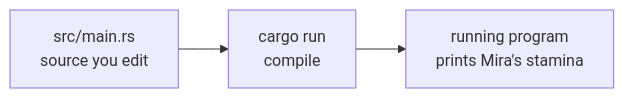
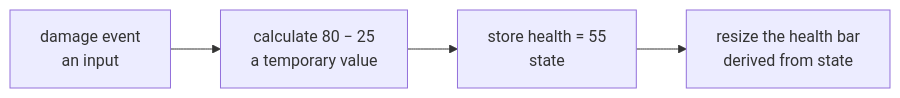
The first of 6 diagrams in site/src/content/docs/pages/1/05.mdx (MustCodeAl/rust-game-hacking-book), drawn with Mermaid before and after one commit. The commit also changed other lines of this file and 121 other files, not shown here.

````diff
--- a/site/src/content/docs/pages/1/05.mdx
+++ b/site/src/content/docs/pages/1/05.mdx
@@ -61,5 +75,6 @@
 ```mermaid
 flowchart LR
-    Source["src/main.rs<br/>source you edit"] --> Cargo["cargo run<br/>compile"]
-    Cargo --> Program["running program<br/>prints Mira's stamina"]
+    E["damage event<br/>an input"] --> C["calculate 80 − 25<br/>a temporary value"]
+    C --> S["store health = 55<br/>state"]
+    S --> B["resize the health bar<br/>derived from state"]
 ```
````
